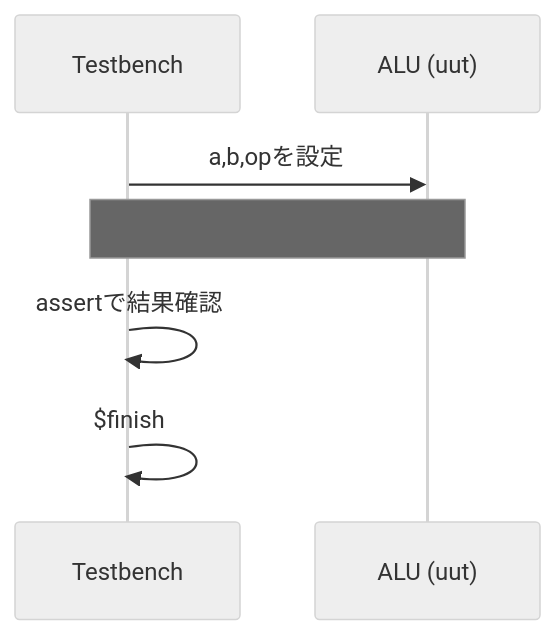
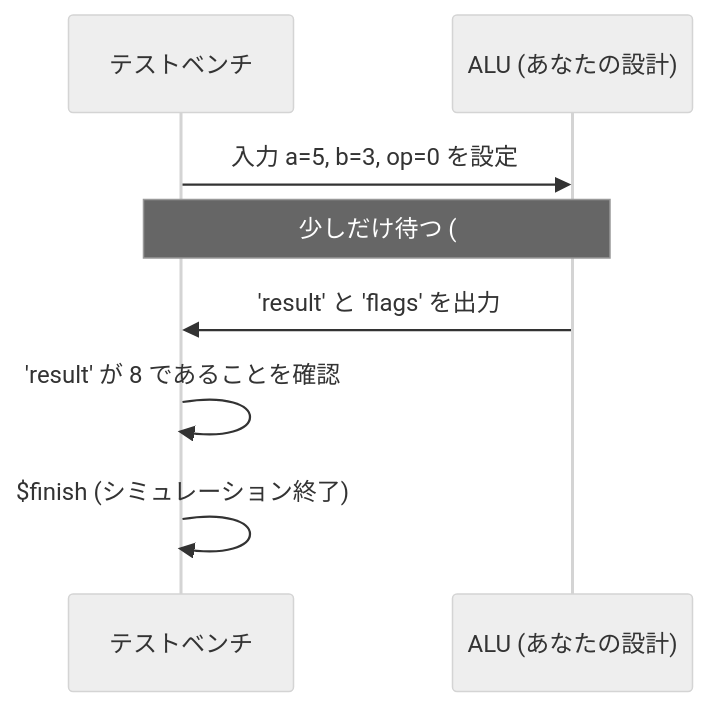
Before and after one commit to sokoide/tangnano_6502_cpu: the sixth of 7 diagrams in day02/README_ja.md, drawn with Mermaid (neutral theme). The commit also changed other lines of this file and 6 other files, not shown here.

````diff
--- a/day02/README_ja.md
+++ b/day02/README_ja.md
@@ -280,9 +286,10 @@
 ```mermaid
 sequenceDiagram
-  participant TB as Testbench
-  participant UUT as ALU (uut)
-  TB->>UUT: a,b,opを設定
-  Note over TB,UUT: #10（シミュレーション時間を待つ）
-  TB->>TB: assertで結果確認
-  TB->>TB: $finish
+  participant TB as テストベンチ
+  participant UUT as ALU (あなたの設計)
+  TB->>UUT: 入力 a=5, b=3, op=0 を設定
+  Note over TB,UUT: 少しだけ待つ (#10)
+  UUT->>TB: 'result' と 'flags' を出力
+  TB->>TB: 'result' が 8 であることを確認
+  TB->>TB: $finish (シミュレーション終了)
 ```
````
